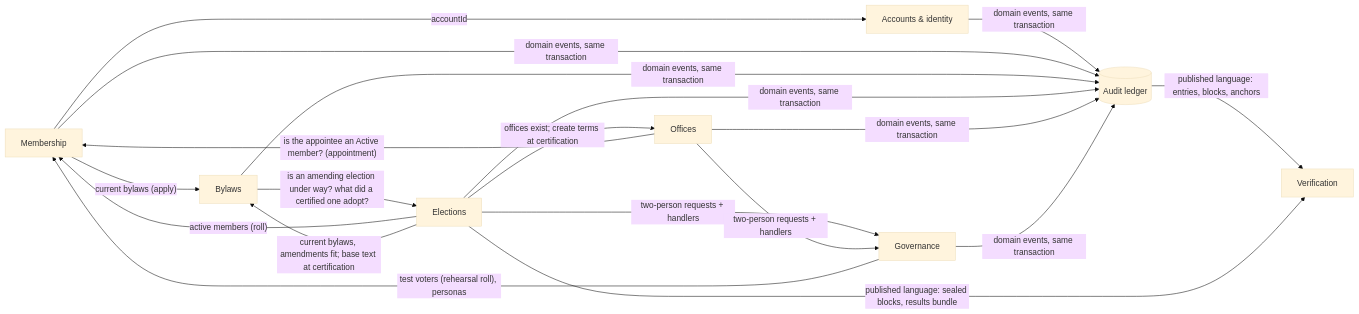
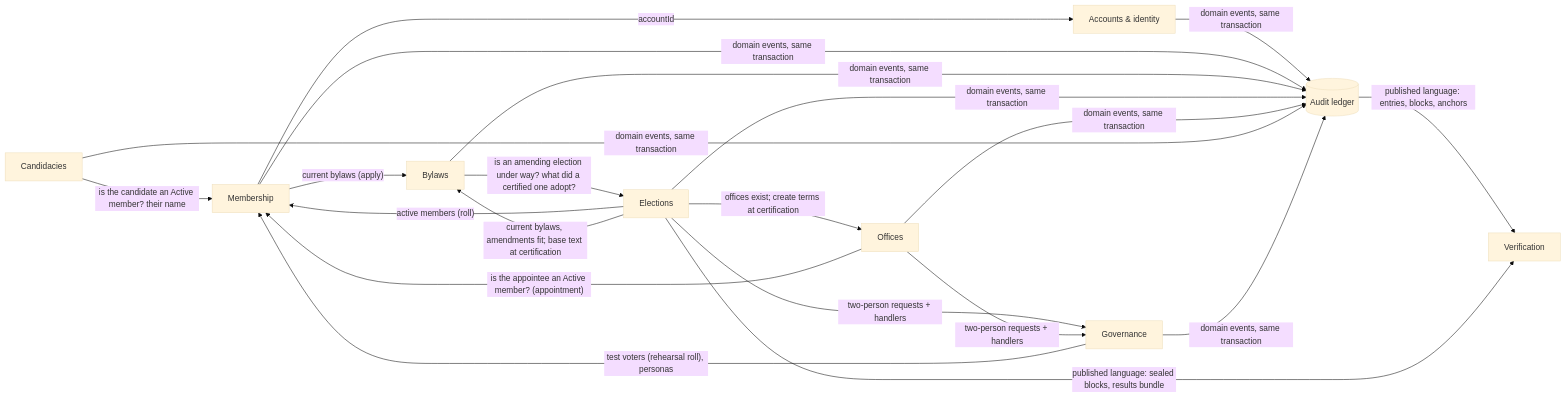
Before and after one commit to ggrow3/USTPVote2: the diagram in docs/DOMAIN-MODEL.md, drawn with Mermaid (base theme). The commit also changed other lines of this file and 55 other files, not shown here.

````diff
--- a/docs/DOMAIN-MODEL.md
+++ b/docs/DOMAIN-MODEL.md
@@ -61,23 +62,25 @@
 ```mermaid
 flowchart LR
   ACC[Accounts & identity]
   MEM[Membership]
   BYL[Bylaws]
   ELE[Elections]
   OFF[Offices]
+  CAN[Candidacies]
   GOV[Governance]
   LED[(Audit ledger)]
   VER[Verification]
   MEM -- accountId --> ACC
   MEM -- "current bylaws (apply)" --> BYL
   ELE -- "active members (roll)" --> MEM
   ELE -- "current bylaws, amendments fit; base text at certification" --> BYL
   BYL -- "is an amending election under way? what did a certified one adopt?" --> ELE
   ELE -- "offices exist; create terms at certification" --> OFF
   OFF -- "is the appointee an Active member? (appointment)" --> MEM
+  CAN -- "is the candidate an Active member? their name" --> MEM
   ELE & OFF -- "two-person requests + handlers" --> GOV
   GOV -- "test voters (rehearsal roll), personas" --> MEM
-  ACC & MEM & BYL & ELE & OFF & GOV -- "domain events, same transaction" --> LED
+  ACC & MEM & BYL & ELE & OFF & CAN & GOV -- "domain events, same transaction" --> LED
   LED -- "published language: entries, blocks, anchors" --> VER
   ELE -- "published language: sealed blocks, results bundle" --> VER
 ```
````
